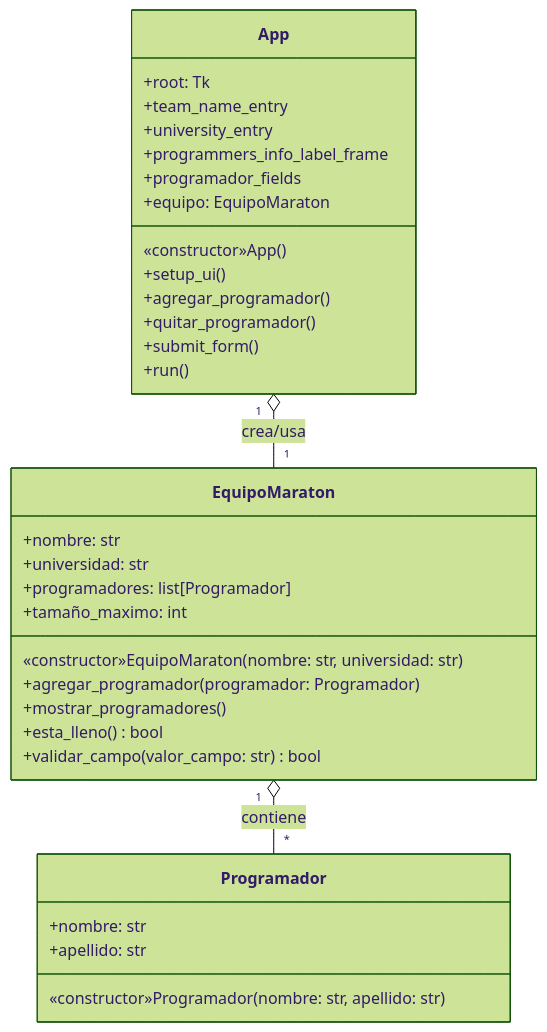
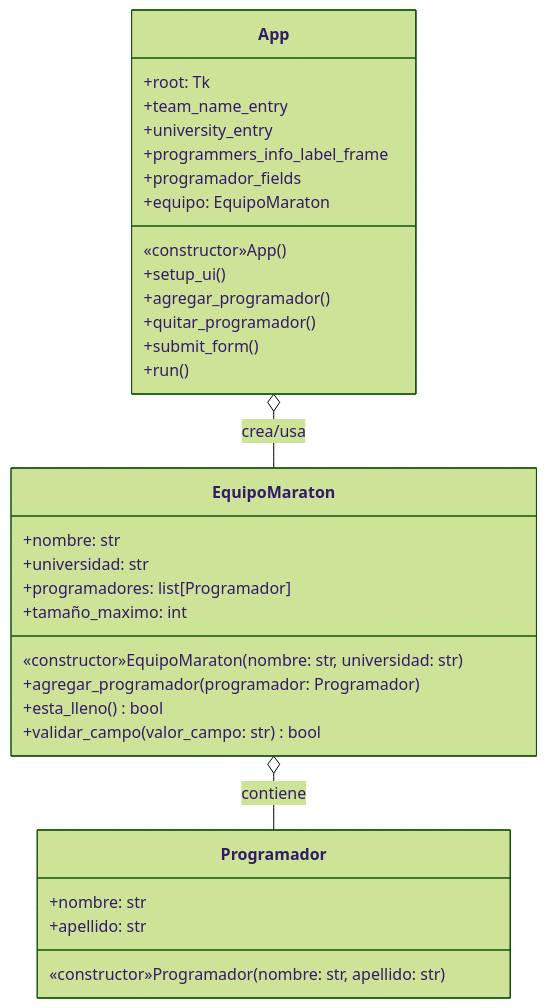
Before and after one commit to Kolozuz/oop_unal_202501_act5: the diagram in Ejercicio4/README.md, drawn with Mermaid (forest theme). The commit also changed other lines of this file and 7 other files, not shown here.

````diff
--- a/Ejercicio4/README.md
+++ b/Ejercicio4/README.md
@@ -36,36 +36,35 @@
 ```mermaid
 classDiagram
     class Programador {
         +nombre: str
         +apellido: str
         «constructor»Programador(nombre: str, apellido: str)
     }
     class EquipoMaraton {
         +nombre: str
         +universidad: str
         +programadores: list[Programador]
         +tamaño_maximo: int
         «constructor»EquipoMaraton(nombre: str, universidad: str)
         +agregar_programador(programador: Programador)
-        +mostrar_programadores()
         +esta_lleno() bool
         +validar_campo(valor_campo: str) bool
     }
     class App {
         +root: Tk
         +team_name_entry
         +university_entry
         +programmers_info_label_frame
         +programador_fields
         +equipo: EquipoMaraton
         «constructor»App()
         +setup_ui()
         +agregar_programador()
         +quitar_programador()
         +submit_form()
         +run()
     }
 
-    EquipoMaraton "1" o-- "*" Programador : contiene
-    App "1" o-- "1" EquipoMaraton : crea/usa
+    EquipoMaraton o-- Programador : contiene
+    App o-- EquipoMaraton : crea/usa
 ```
````
